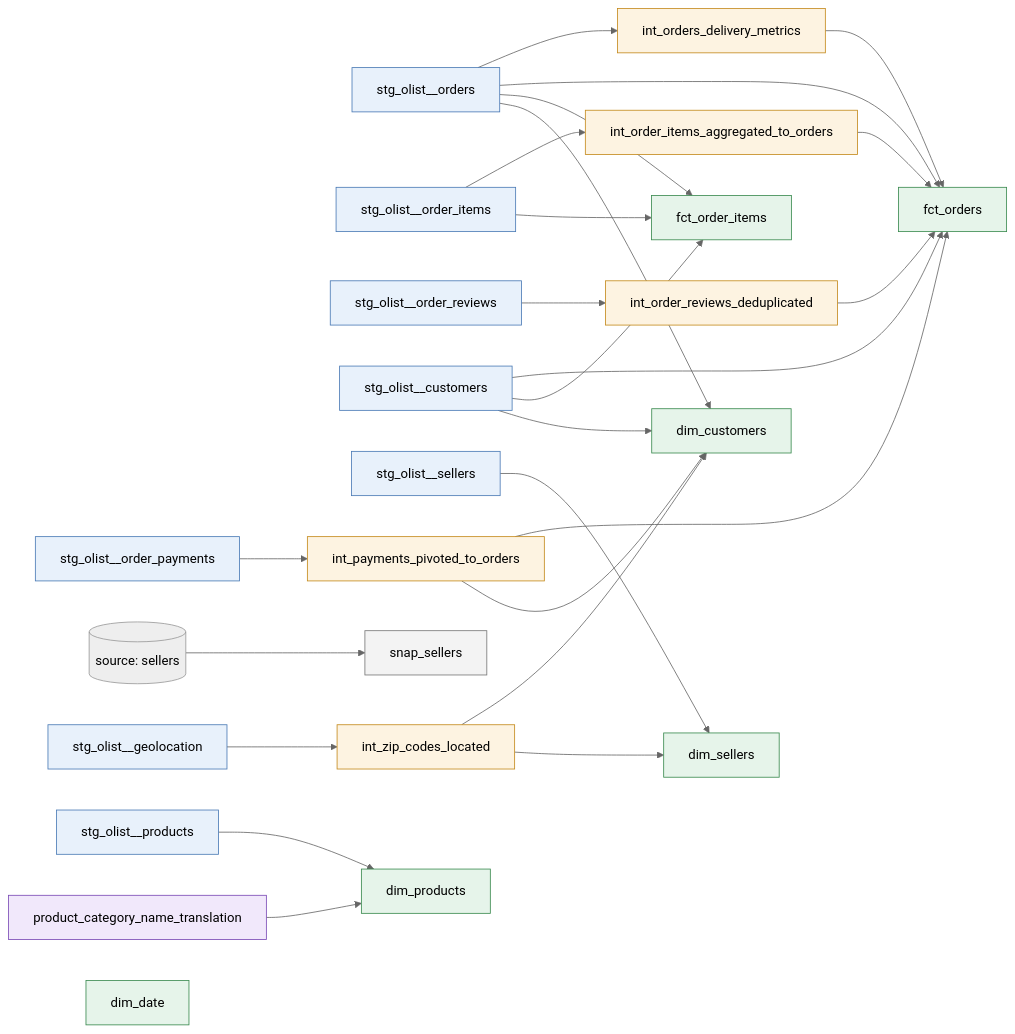
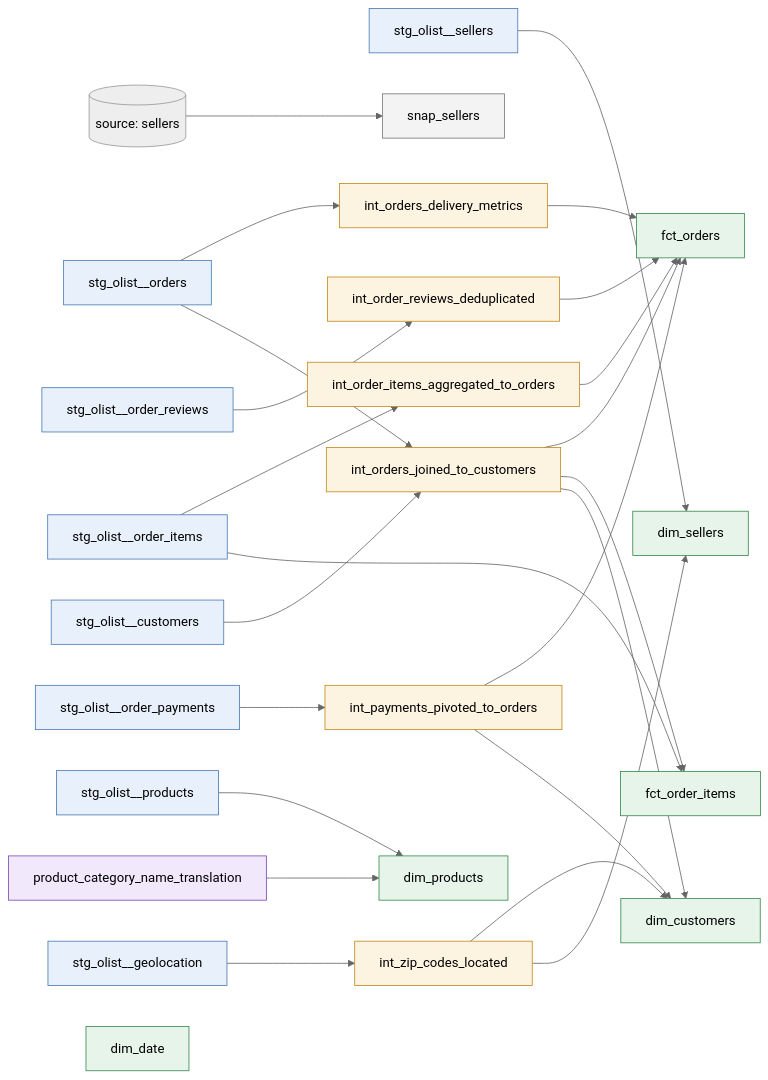
Before and after one commit to ShuCiG/olist-analytics-dbt: the second of 4 diagrams in README.md, drawn with Mermaid (neutral theme). The commit also changed other lines of this file and 17 other files, not shown here.

First line of the commit message:
feat(dbt): governance — groups, access, fct_orders v2, project evaluator

````diff
--- a/README.md
+++ b/README.md
@@ -55,63 +54,63 @@
 ```mermaid
 flowchart LR
     classDef stg fill:#e8f1fb,stroke:#4a7ab5
     classDef int fill:#fdf3e1,stroke:#c48a1c
     classDef mart fill:#e6f4ea,stroke:#3a8a4f
     classDef seed fill:#f1e8fb,stroke:#7a4ab5
     classDef snap fill:#f3f3f3,stroke:#777777
 
     stg_orders[stg_olist__orders]:::stg
     stg_items[stg_olist__order_items]:::stg
     stg_payments[stg_olist__order_payments]:::stg
     stg_reviews[stg_olist__order_reviews]:::stg
     stg_customers[stg_olist__customers]:::stg
     stg_products[stg_olist__products]:::stg
     stg_sellers[stg_olist__sellers]:::stg
     stg_geo[stg_olist__geolocation]:::stg
     translation[product_category_name_translation]:::seed
     src_sellers[(source: sellers)]
     snap_sellers:::snap
 
     int_pay[int_payments_pivoted_to_orders]:::int
     int_items[int_order_items_aggregated_to_orders]:::int
     int_delivery[int_orders_delivery_metrics]:::int
     int_reviews[int_order_reviews_deduplicated]:::int
     int_zip[int_zip_codes_located]:::int
+    int_oc[int_orders_joined_to_customers]:::int
 
     fct_orders:::mart
     fct_order_items:::mart
     dim_customers:::mart
     dim_sellers:::mart
     dim_products:::mart
     dim_date:::mart
 
     stg_payments --> int_pay
     stg_items --> int_items
     stg_orders --> int_delivery
     stg_reviews --> int_reviews
     stg_geo --> int_zip
+    stg_orders --> int_oc
+    stg_customers --> int_oc
 
-    stg_orders --> fct_orders
-    stg_customers --> fct_orders
+    int_oc --> fct_orders
     int_items --> fct_orders
     int_pay --> fct_orders
     int_delivery --> fct_orders
     int_reviews --> fct_orders
 
     stg_items --> fct_order_items
-    stg_orders --> fct_order_items
-    stg_customers --> fct_order_items
+    int_oc --> fct_order_items
 
-    stg_customers --> dim_customers
-    stg_orders --> dim_customers
+    int_oc --> dim_customers
     int_pay --> dim_customers
     int_zip --> dim_customers
 
     stg_sellers --> dim_sellers
     int_zip --> dim_sellers
 
     stg_products --> dim_products
     translation --> dim_products
 
     src_sellers --> snap_sellers
 ```
````
